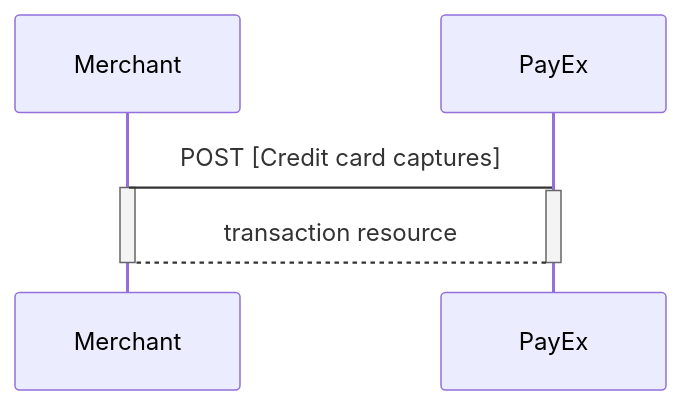
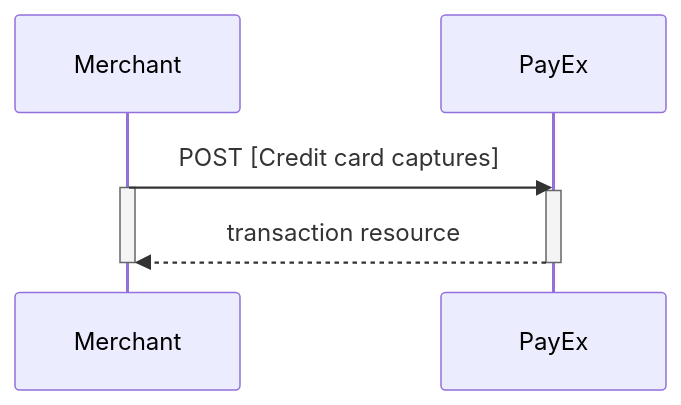
Before and after one commit to SwedbankPay/developer.swedbankpay.com: the first of 10 diagrams in payments/credit-card/after-payment.md, drawn with Mermaid. The commit also changed other lines of this file, not shown here.

Commit message:
DX-266 removed link from diagram and added double arrowhead to diagrams

````diff
--- a/payments/credit-card/after-payment.md
+++ b/payments/credit-card/after-payment.md
@@ -169,9 +169,9 @@
 ```mermaid
 sequenceDiagram
-  Merchant->PayEx: POST [Credit card captures]
+  Merchant->>PayEx: POST [Credit card captures]
   Activate Merchant
   Activate PayEx
-  PayEx-->Merchant: transaction resource
+  PayEx-->>Merchant: transaction resource
   Deactivate PayEx
   Deactivate Merchant
 ```
````
